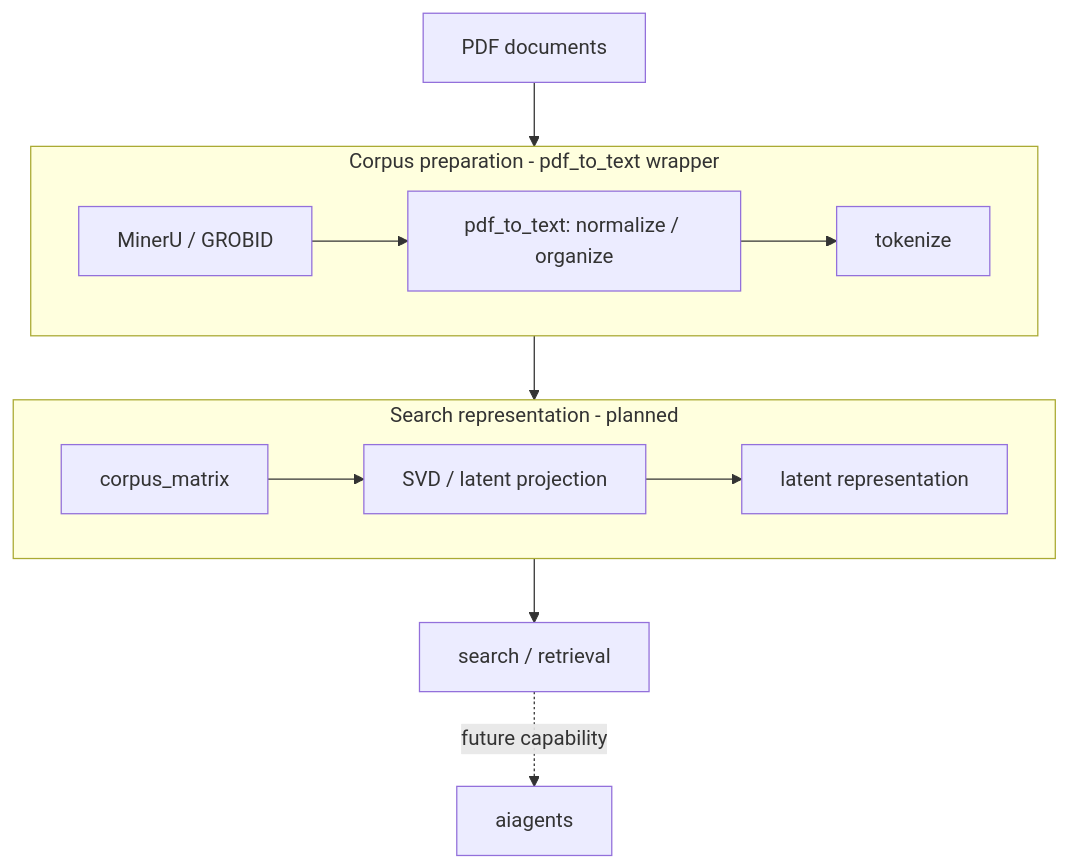
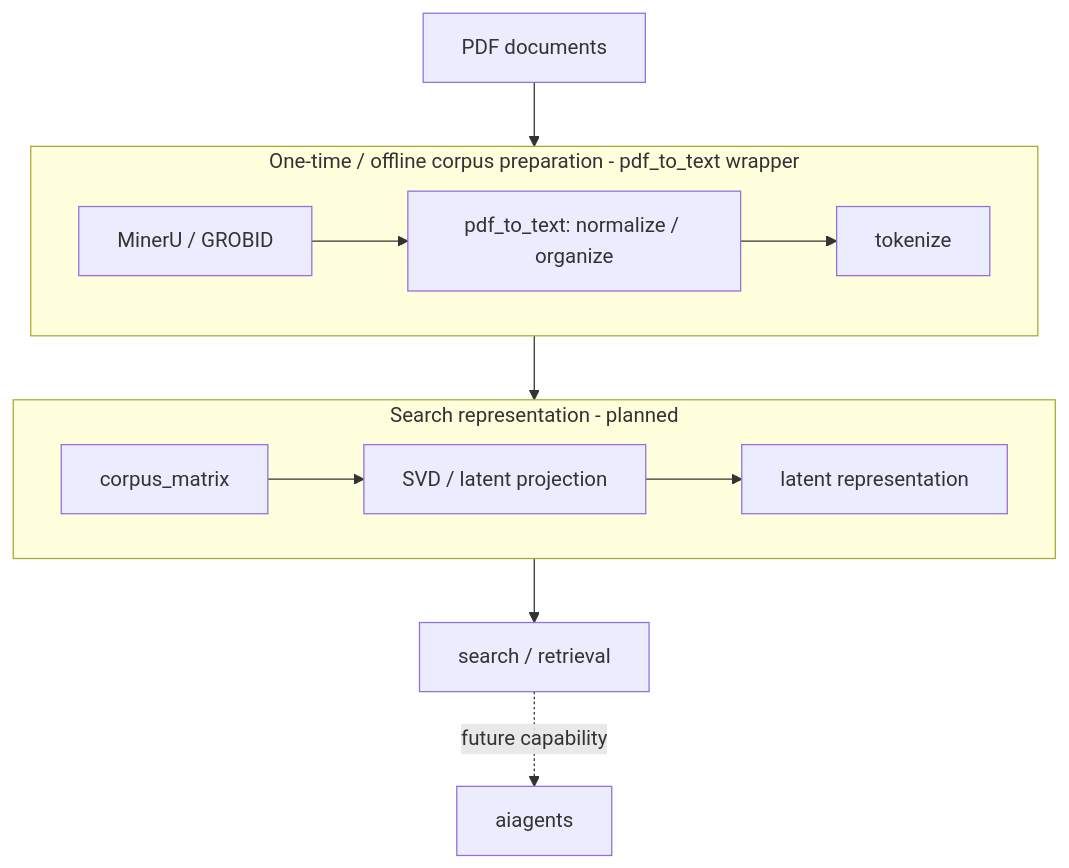
One commit to witold-k/witold-k changed the third of 6 diagrams in README.md. Above: the diagram before and after it, drawn with Mermaid. The commit also changed other lines of this file, not shown here.

Commit message:
Clarify pdf_to_text as offline preprocessing

````diff
--- a/README.md
+++ b/README.md
@@ -48,20 +48,20 @@
 ```mermaid
 flowchart TB
     PDF[PDF documents]
 
-    subgraph PREP[Corpus preparation - pdf_to_text wrapper]
+    subgraph PREP[One-time / offline corpus preparation - pdf_to_text wrapper]
         direction LR
         BACKENDS[MinerU / GROBID] --> CONVERT[pdf_to_text: normalize / organize]
         CONVERT --> TOKENS[tokenize]
     end
 
     subgraph SEARCH[Search representation - planned]
         direction LR
         MATRIX[corpus_matrix] --> LSA[SVD / latent projection] --> LATENT[latent representation]
     end
 
     PDF --> BACKENDS
     TOKENS --> MATRIX
     LATENT --> RETRIEVE[search / retrieval]
     RETRIEVE -.->|future capability| AGENT[aiagents]
 ```
````
